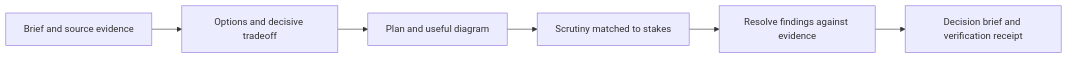
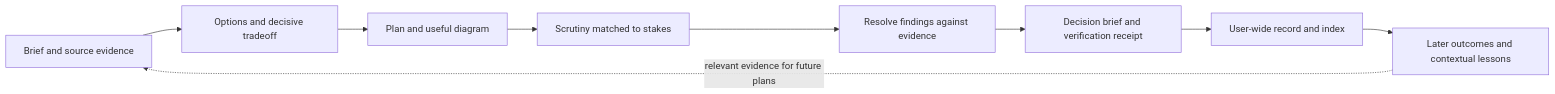
The diagram in ARCHITECTURE.md (hardworker/agentic-toolkit), drawn with Mermaid before and after one commit. The commit also changed other lines of this file and 9 other files, not shown here.

Commit message:
feat: retain planning decisions and outcomes in a user-wide library

````diff
--- a/ARCHITECTURE.md
+++ b/ARCHITECTURE.md
@@ -17,8 +17,11 @@
 ```mermaid
 flowchart LR
     B[Brief and source evidence] --> O[Options and decisive tradeoff]
     O --> P[Plan and useful diagram]
     P --> C[Scrutiny matched to stakes]
     C --> R[Resolve findings against evidence]
     R --> H[Decision brief and verification receipt]
+    H --> L[User-wide record and index]
+    L --> U[Later outcomes and contextual lessons]
+    U -. relevant evidence for future plans .-> B
 ```
````
